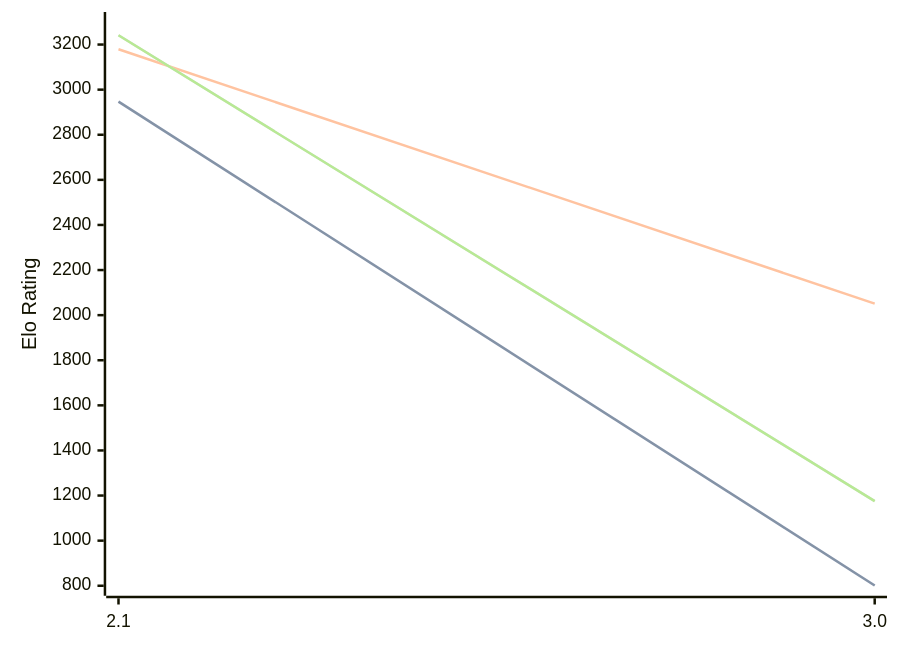
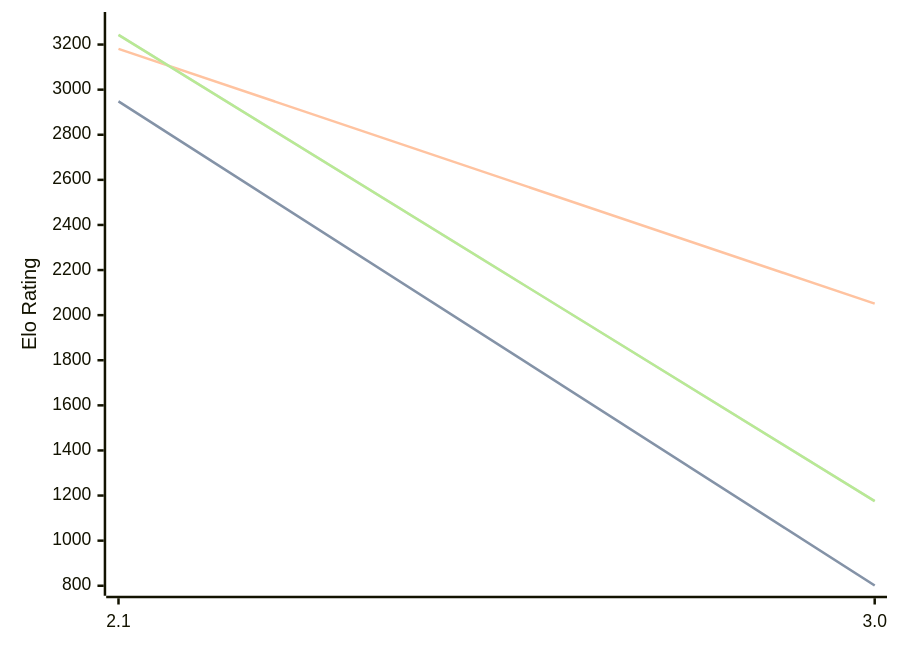
Before and after one commit to computer-chess-index/cci: the diagram in engines/Quirky.md, drawn with Mermaid. The commit also changed other lines of this file, not shown here.

Commit message:
Update CCI Ratings (ELO VLTC) - 2026-07-31

````diff
--- a/engines/Quirky.md
+++ b/engines/Quirky.md
@@ -34,11 +34,11 @@
 ```mermaid
 %%{init: {"theme":"base","themeVariables":{"seriesColors:['#a3a3a3','#222221','#faa371']}}}%%
 xychart-beta
   x-axis ["2.1", "3.0"]
   y-axis "Elo Rating" 800 --> 3300
-  line "STC (8.0+0.08s)" [2947, 801]
-  line "STC (8.0+0.08s)" [2947, 801]
-  line "LTC (60.0+0.60s)" [3179, 2051]
-  line "VLTC (2m24s+1.12s)" [3241, 1175]
-  line "VLTC (2m24s+1.12s)" [3241, 1175]
+  line "STC (8.0+0.08s)" [2948, 801]
+  line "STC (8.0+0.08s)" [2948, 801]
+  line "LTC (60.0+0.60s)" [3181, 2051]
+  line "VLTC (2m24s+1.12s)" [3243, 1175]
+  line "VLTC (2m24s+1.12s)" [3243, 1175]
 ```
````
